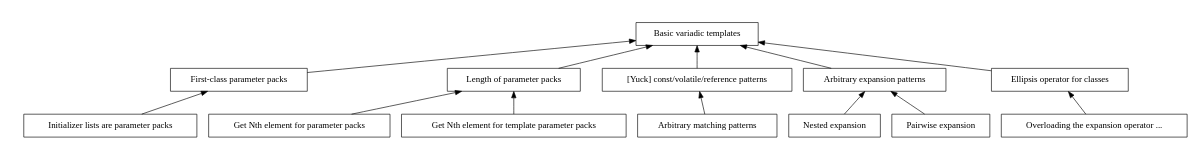
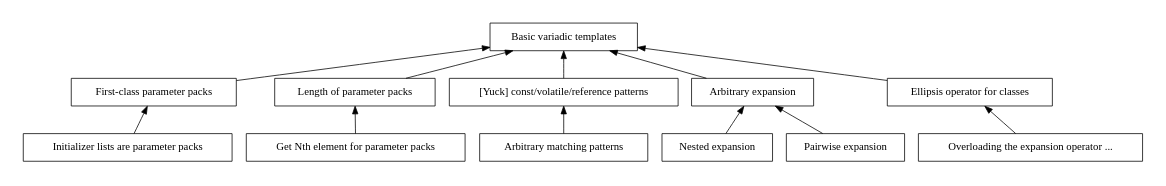
Before and after one commit to tonado/boost: the diagram in sandbox/committee/vt_deps.dot, drawn with Graphviz. The commit also changed 2 other files, not shown here.

```diff
--- a/sandbox/committee/vt_deps.dot
+++ b/sandbox/committee/vt_deps.dot
@@ -1,41 +1,40 @@
 digraph vt_deps {
   size="6,3";
   node [shape="rectangle"];
   edge [dir="back"];  
 
   BasicVariadics [label="Basic variadic templates"];
   FirstClassPP [label="First-class parameter packs"];
   Initializers [label="Initializer lists are parameter packs"];
 
   LengthOfPP [label="Length of parameter packs"];
   NthElement [label="Get Nth element for parameter packs"];
-  NthElementTemplate [label="Get Nth element for template parameter packs"];
 
   CVRefPatterns [label="[Yuck] const/volatile/reference patterns"];
-  ArbitraryExpansion [label="Arbitrary expansion patterns"];
   ArbitraryMatching [label="Arbitrary matching patterns"];
+
+  ArbitraryExpansion [label="Arbitrary expansion"];
   NestedExpansion [label="Nested expansion"];
   PairwiseExpansion [label="Pairwise expansion"]; 
 
   EllipsisForClasses [label="Ellipsis operator for classes"];
   OverloadingEllipsis [label="Overloading the expansion operator ..."];
 
   BasicVariadics -> FirstClassPP;
 
   BasicVariadics -> LengthOfPP;
 
-  LengthOfPP -> NthElementTemplate;
   LengthOfPP -> NthElement;
 
   FirstClassPP -> Initializers;
 
   BasicVariadics -> CVRefPatterns;
 
   BasicVariadics -> EllipsisForClasses;
   EllipsisForClasses -> OverloadingEllipsis;
 
   BasicVariadics -> ArbitraryExpansion;
   CVRefPatterns -> ArbitraryMatching;
   ArbitraryExpansion -> NestedExpansion;
   ArbitraryExpansion -> PairwiseExpansion;
 }
```
